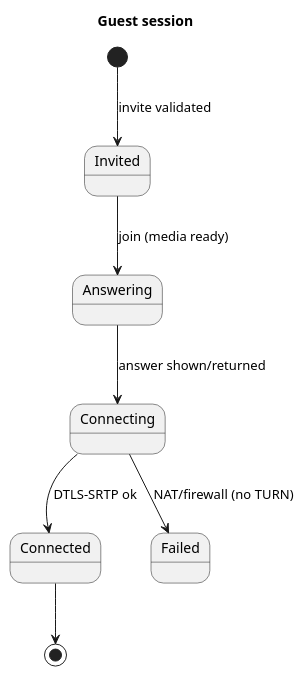
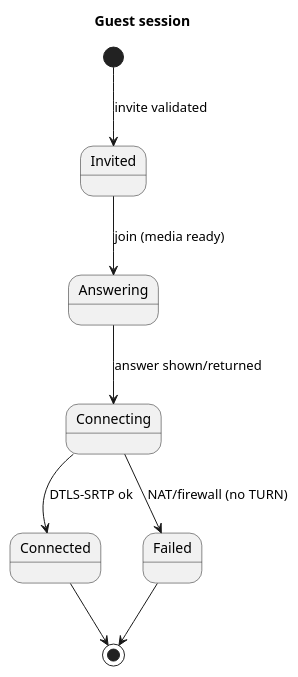
The fifth of 5 diagrams in src/docs/spec.adoc (raifdmueller/ultrathink.call), drawn with PlantUML before and after one commit. The commit also changed other lines of this file and 1 other file, not shown here.

```diff
--- a/src/docs/spec.adoc
+++ b/src/docs/spec.adoc
@@ -370,12 +405,13 @@
 [plantuml,guest-state,svg]
 ----
 @startuml
 title Guest session
 [*] --> Invited : invite validated
 Invited --> Answering : join (media ready)
 Answering --> Connecting : answer shown/returned
 Connecting --> Connected : DTLS-SRTP ok
 Connecting --> Failed : NAT/firewall (no TURN)
 Connected --> [*]
+Failed --> [*]
 @enduml
 ----
```
